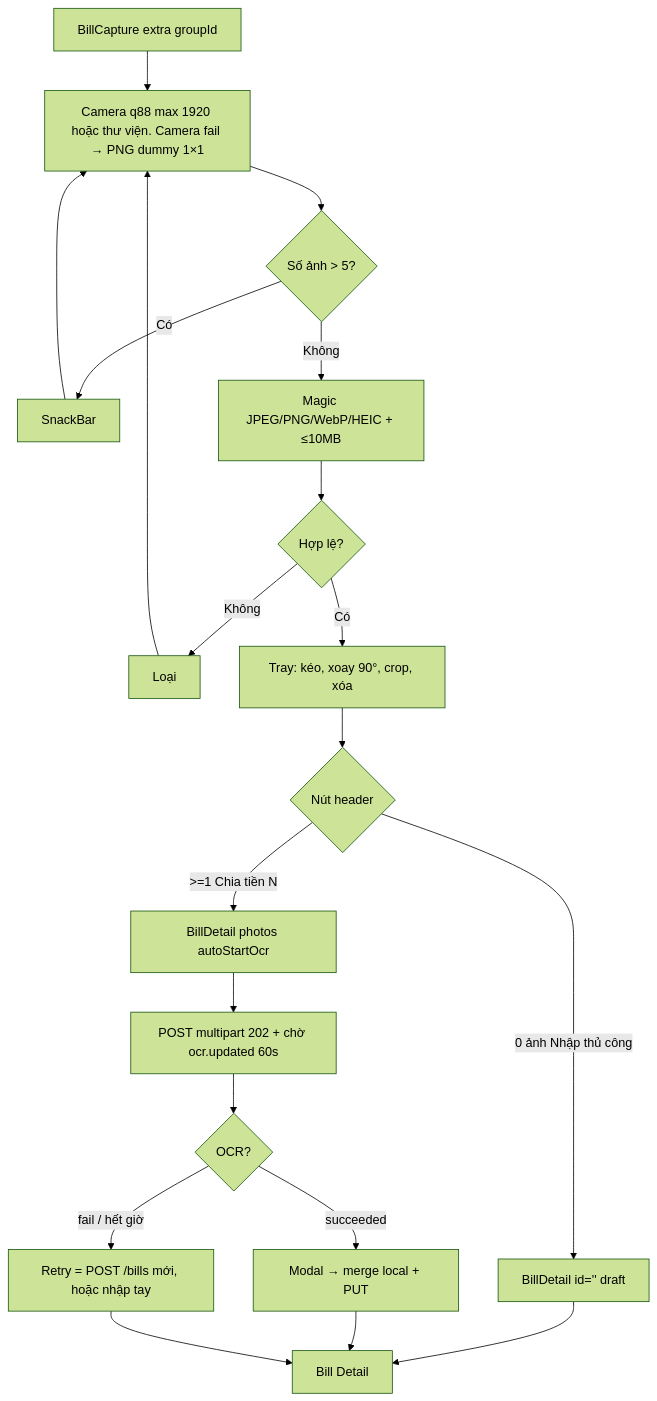
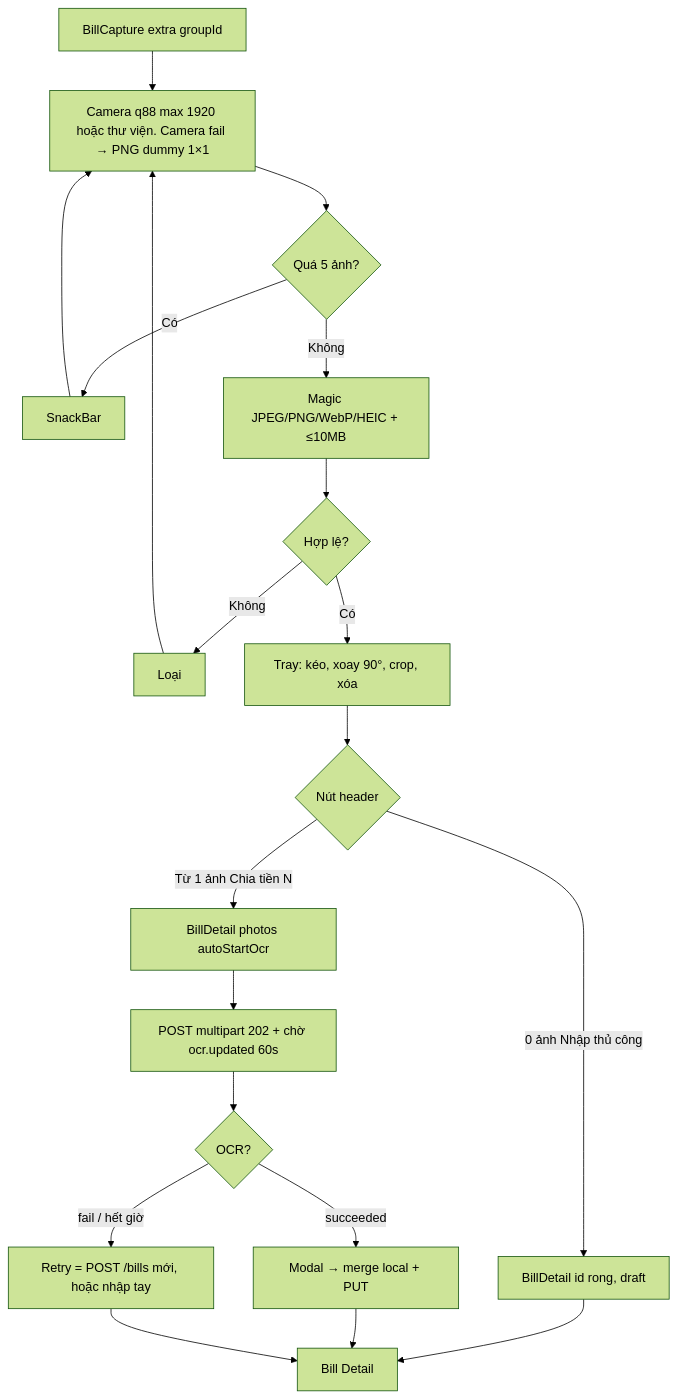
Before and after one commit to FintechVSF-Tranning/PaySplit-RP: the eighth of 9 diagrams in flow/03-bill.md, drawn with Mermaid (forest theme). The commit also changed other lines of this file and 7 other files, not shown here.

First line of the commit message:
Refactor notification flow and admin management documentation

````diff
--- a/flow/03-bill.md
+++ b/flow/03-bill.md
@@ -342,20 +424,20 @@
 ```mermaid
 flowchart TD
     A["BillCapture extra groupId"] --> B["Camera q88 max 1920 hoặc thư viện. Camera fail → PNG dummy 1×1"]
-    B --> C{"Số ảnh > 5?"}
+    B --> C{"Quá 5 ảnh?"}
     C -->|"Có"| D["SnackBar"] --> B
     C -->|"Không"| E["Magic JPEG/PNG/WebP/HEIC + ≤10MB"]
     E --> F{"Hợp lệ?"}
     F -->|"Không"| G["Loại"] --> B
     F -->|"Có"| H["Tray: kéo, xoay 90°, crop, xóa"]
     H --> I{"Nút header"}
-    I -->|"0 ảnh Nhập thủ công"| J["BillDetail id='' draft"]
-    I -->|">=1 Chia tiền N"| K["BillDetail photos autoStartOcr"]
+    I -->|"0 ảnh Nhập thủ công"| J["BillDetail id rong, draft"]
+    I -->|"Từ 1 ảnh Chia tiền N"| K["BillDetail photos autoStartOcr"]
     K --> L["POST multipart 202 + chờ ocr.updated 60s"]
     L --> M{"OCR?"}
     M -->|"succeeded"| N["Modal → merge local + PUT"]
     M -->|"fail / hết giờ"| P["Retry = POST /bills mới, hoặc nhập tay"]
     J --> Q["Bill Detail"]
     N --> Q
     P --> Q
 ```
````
